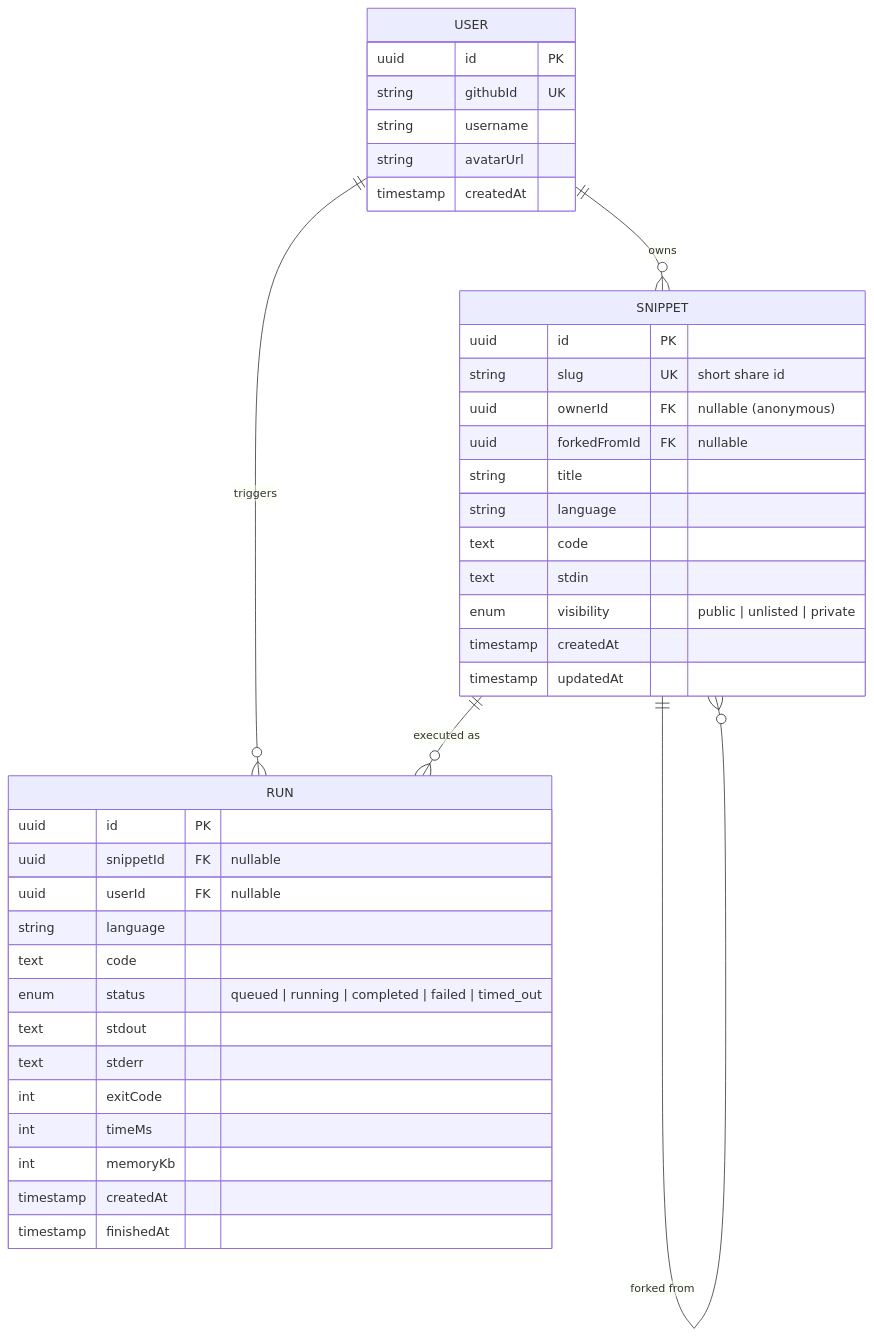
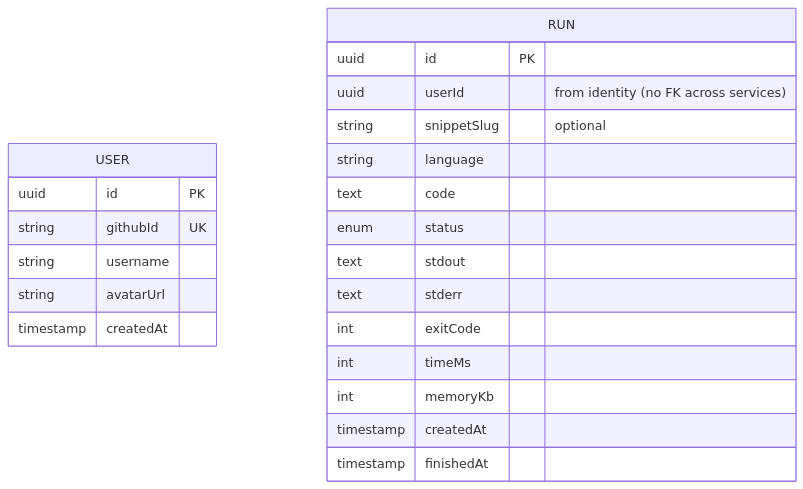
Before and after one commit to vedatcinbatexe/bytebox: the third of 4 diagrams in ARCHITECTURE.md, drawn with Mermaid. The commit also changed other lines of this file and 38 other files, not shown here.

````diff
--- a/ARCHITECTURE.md
+++ b/ARCHITECTURE.md
@@ -195,43 +186,25 @@
 ```mermaid
 erDiagram
-    USER ||--o{ SNIPPET : owns
-    USER ||--o{ RUN : triggers
-    SNIPPET ||--o{ RUN : "executed as"
-    SNIPPET ||--o{ SNIPPET : "forked from"
-
     USER {
         uuid id PK
         string githubId UK
         string username
         string avatarUrl
         timestamp createdAt
     }
-    SNIPPET {
+    RUN {
         uuid id PK
-        string slug UK "short share id"
-        uuid ownerId FK "nullable (anonymous)"
-        uuid forkedFromId FK "nullable"
-        string title
+        uuid userId "from identity (no FK across services)"
+        string snippetSlug "optional"
         string language
         text code
-        text stdin
-        enum visibility "public | unlisted | private"
-        timestamp createdAt
-        timestamp updatedAt
-    }
-    RUN {
-        uuid id PK
-        uuid snippetId FK "nullable"
-        uuid userId FK "nullable"
-        string language
-        text code
-        enum status "queued | running | completed | failed | timed_out"
+        enum status
         text stdout
         text stderr
         int exitCode
         int timeMs
         int memoryKb
         timestamp createdAt
         timestamp finishedAt
     }
 ```
````
